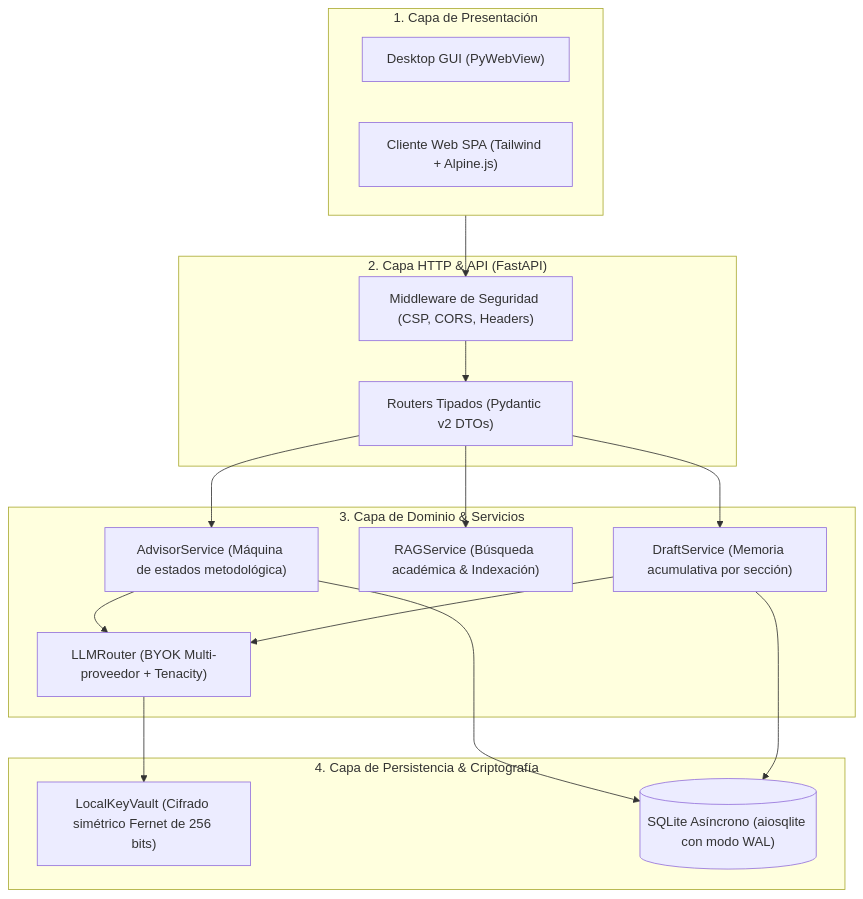
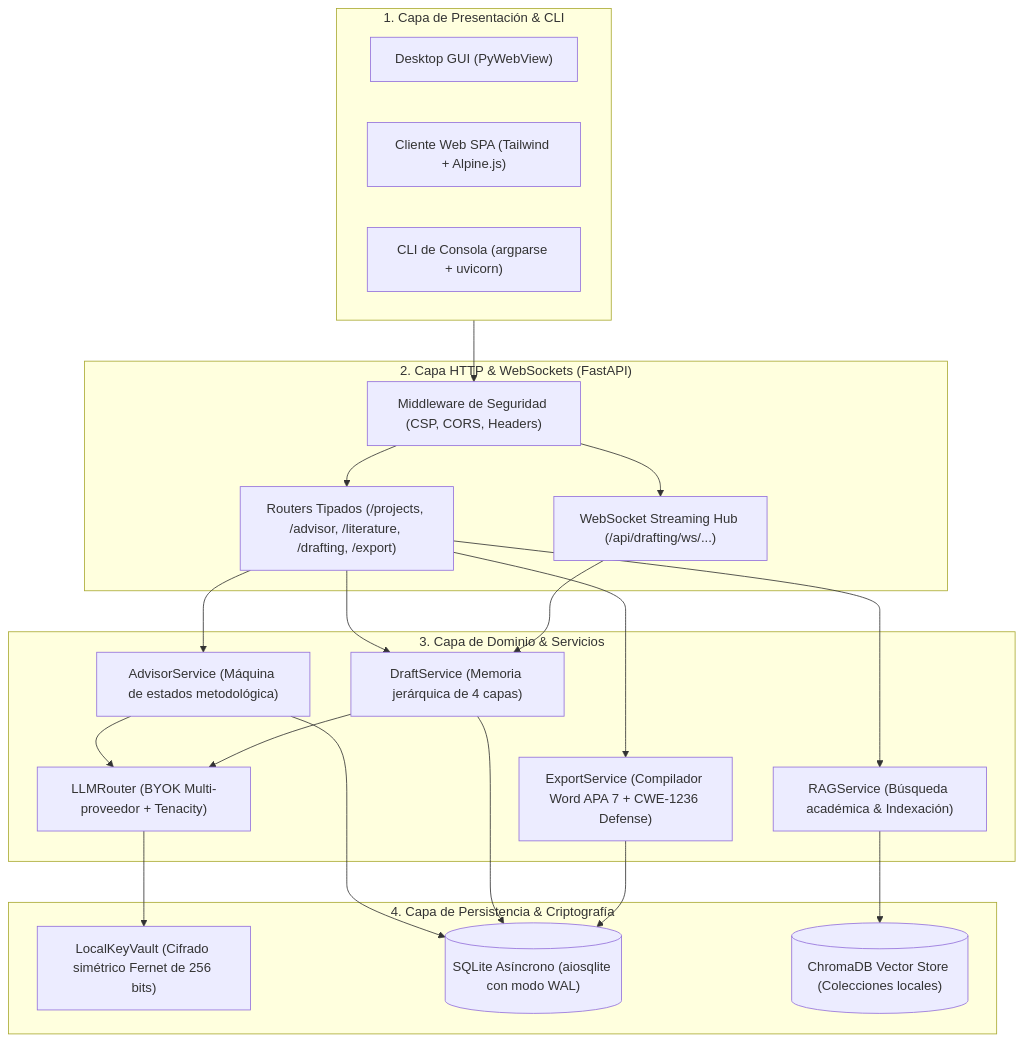
The diagram in README.md (oscarbol09/thesisforge), drawn with Mermaid before and after one commit. The commit also changed other lines of this file and 7 other files, not shown here.

First line of the commit message:
docs(guide): add official user manual and synchronize architecture roadmap

````diff
--- a/README.md
+++ b/README.md
@@ -99,35 +121,44 @@
 ```mermaid
 flowchart TD
-    subgraph UI ["1. Capa de Presentación"]
+    subgraph UI ["1. Capa de Presentación & CLI"]
         DESK["Desktop GUI (PyWebView)"]
         WEB["Cliente Web SPA (Tailwind + Alpine.js)"]
+        CLI["CLI de Consola (argparse + uvicorn)"]
     end
 
-    subgraph API ["2. Capa HTTP & API (FastAPI)"]
-        ROUTERS["Routers Tipados (Pydantic v2 DTOs)"]
+    subgraph API ["2. Capa HTTP & WebSockets (FastAPI)"]
+        ROUTERS["Routers Tipados (/projects, /advisor, /literature, /drafting, /export)"]
         SEC_MW["Middleware de Seguridad (CSP, CORS, Headers)"]
+        WS["WebSocket Streaming Hub (/api/drafting/ws/...)"]
     end
 
     subgraph Core ["3. Capa de Dominio & Servicios"]
         ADV["AdvisorService (Máquina de estados metodológica)"]
         RAG["RAGService (Búsqueda académica & Indexación)"]
-        DRAFT["DraftService (Memoria acumulativa por sección)"]
+        DRAFT["DraftService (Memoria jerárquica de 4 capas)"]
+        EXPORT["ExportService (Compilador Word APA 7 + CWE-1236 Defense)"]
         ROUTER_LLM["LLMRouter (BYOK Multi-proveedor + Tenacity)"]
     end
 
     subgraph Persistencia ["4. Capa de Persistencia & Criptografía"]
         VAULT["LocalKeyVault (Cifrado simétrico Fernet de 256 bits)"]
         DB[("SQLite Asíncrono (aiosqlite con modo WAL)")]
+        CHROMA[("ChromaDB Vector Store (Colecciones locales)")]
     end
 
     UI --> SEC_MW
     SEC_MW --> ROUTERS
+    SEC_MW --> WS
     ROUTERS --> ADV
     ROUTERS --> RAG
     ROUTERS --> DRAFT
+    ROUTERS --> EXPORT
+    WS --> DRAFT
     ADV --> ROUTER_LLM
     DRAFT --> ROUTER_LLM
+    RAG --> CHROMA
     ROUTER_LLM --> VAULT
     ADV --> DB
     DRAFT --> DB
+    EXPORT --> DB
 ```
````
